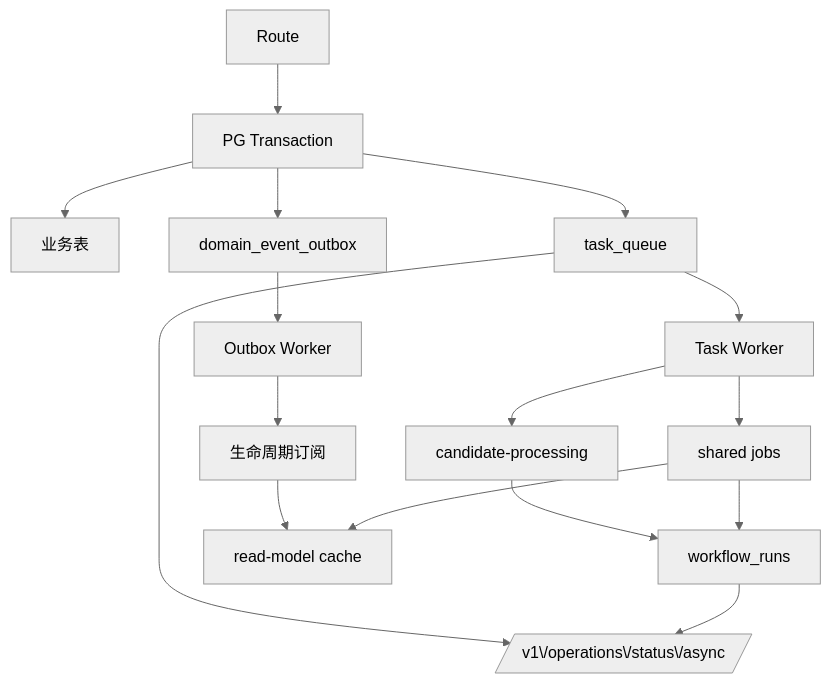
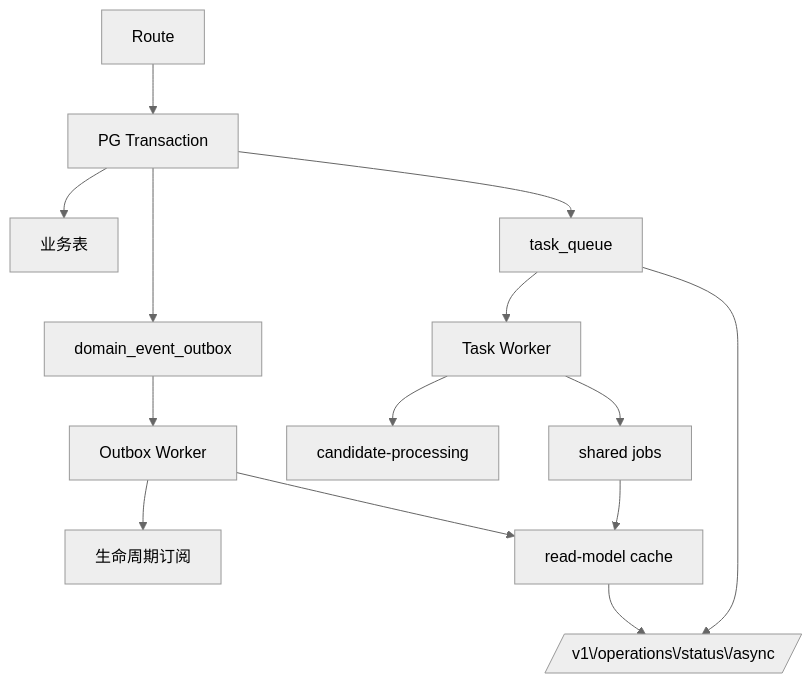
Before and after one commit to pofossette/TrapMap-for-vibing: the diagram in docs/architecture/components/ASYNC_MODEL.md, drawn with Mermaid (neutral theme). The commit also changed other lines of this file and 15 other files, not shown here.

````diff
--- a/docs/architecture/components/ASYNC_MODEL.md
+++ b/docs/architecture/components/ASYNC_MODEL.md
@@ -37,18 +39,16 @@
 ```mermaid
 flowchart TB
     Api[Route] --> Tx[PG Transaction]
     Tx --> Biz[业务表]
     Tx --> Outbox[domain_event_outbox]
     Tx --> Queue[task_queue]
     Outbox --> OW[Outbox Worker]
     Queue --> TW[Task Worker]
     OW --> Sub[生命周期订阅]
     TW --> Cand[candidate-processing]
     TW --> Shared[shared jobs]
-    Cand --> Wf[workflow_runs]
-    Shared --> Wf
-    Sub --> RM[read-model cache]
+    OW --> RM[read-model cache]
     Shared --> RM
     Queue --> AS[/v1\/operations\/status\/async/]
-    Wf --> AS
+    RM --> AS
 ```
````
